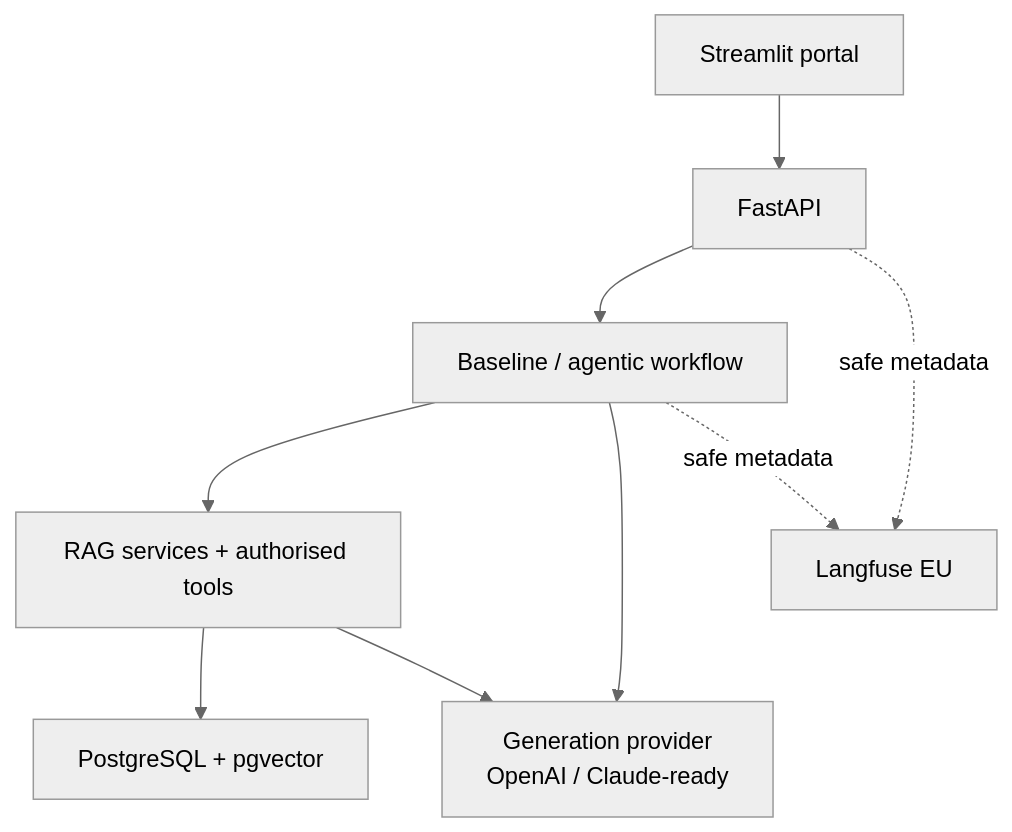
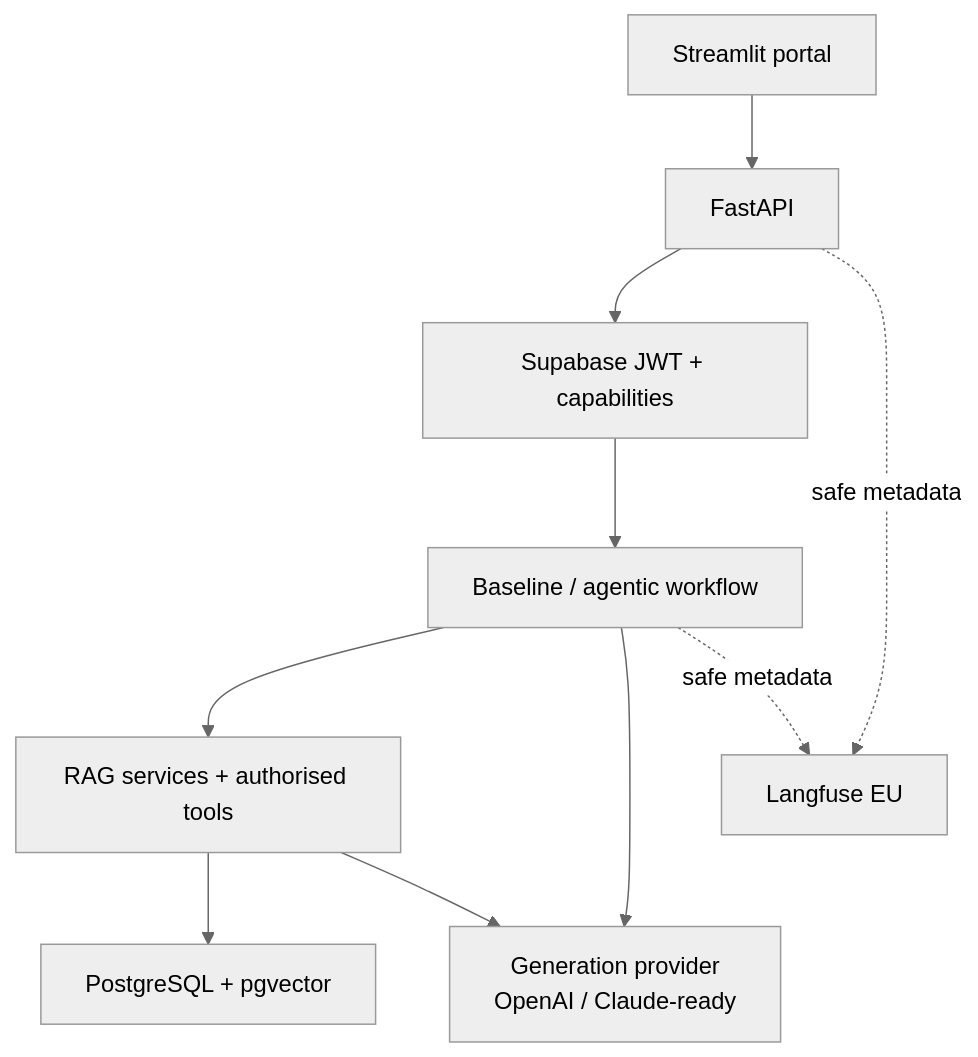
The first of 7 diagrams in README.md (RashWadhwa/university-student-success-agent), drawn with Mermaid (neutral theme) before and after one commit. The commit also changed other lines of this file and 60 other files, not shown here.

````diff
--- a/README.md
+++ b/README.md
@@ -22,11 +23,12 @@
 ```mermaid
 flowchart TD
     UI["Streamlit portal"] --> API["FastAPI"]
-    API --> WF["Baseline / agentic workflow"]
+    API --> AU["Supabase JWT + capabilities"]
+    AU --> WF["Baseline / agentic workflow"]
     WF --> RAG["RAG services + authorised tools"]
     RAG --> DB["PostgreSQL + pgvector"]
     WF --> LLM["Generation provider<br/>OpenAI / Claude-ready"]
     RAG --> LLM
     API -. "safe metadata" .-> OBS["Langfuse EU"]
     WF -. "safe metadata" .-> OBS
 ```
````
